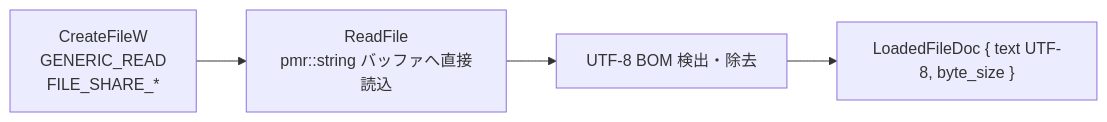
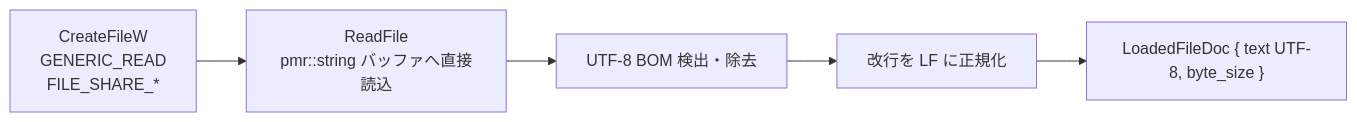
One commit to tanaton/mendo changed the tenth of 27 diagrams in example/test.md. Above: the diagram before and after it, drawn with Mermaid. The commit also changed other lines of this file and 2 other files, not shown here.

````diff
--- a/example/test.md
+++ b/example/test.md
@@ -1334,6 +1404,7 @@
 ```mermaid
 flowchart LR
     OPEN[CreateFileW<br>GENERIC_READ<br>FILE_SHARE_*] --> READ[ReadFile<br>pmr::string バッファへ直接読込]
     READ --> BOM[UTF-8 BOM 検出・除去]
-    BOM --> OUT["LoadedFileDoc { text UTF-8, byte_size }"]
+    BOM --> LF[改行を LF に正規化]
+    LF --> OUT["LoadedFileDoc { text UTF-8, byte_size }"]
 ```
````
